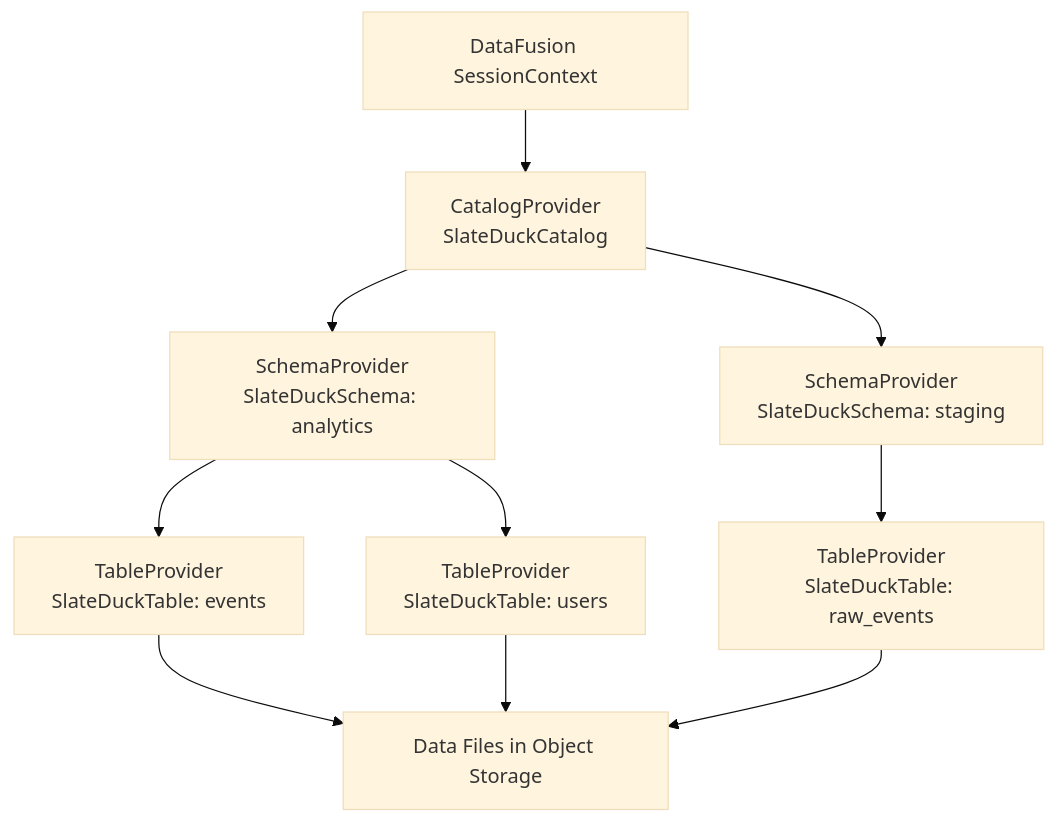
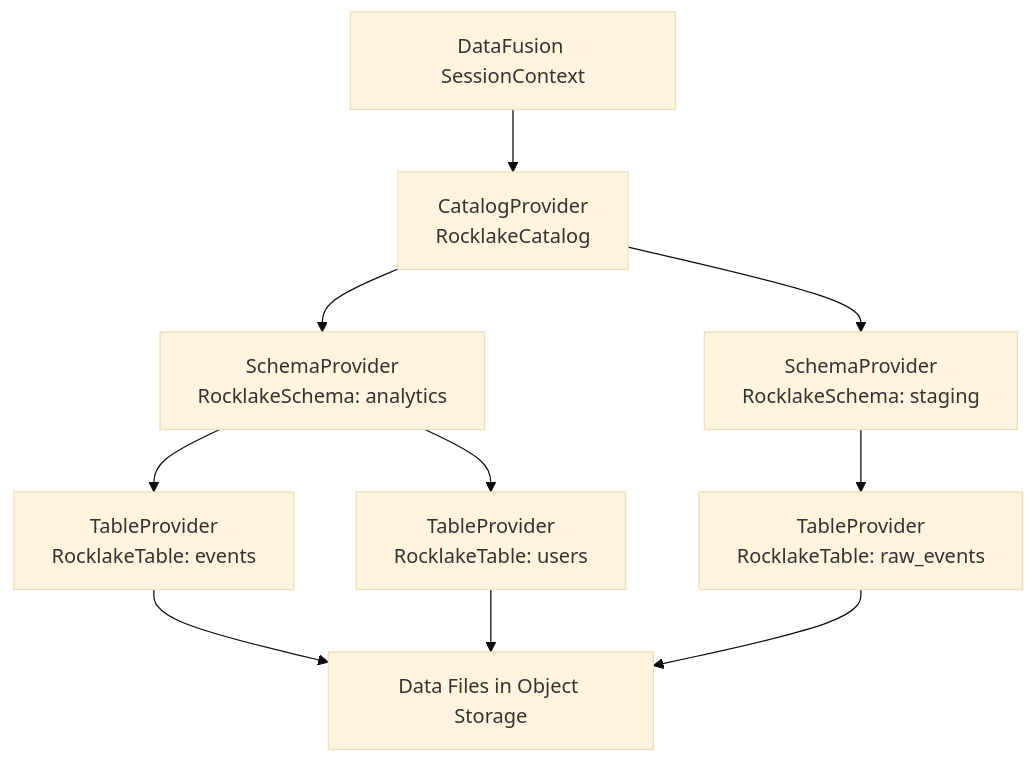
One commit to trickle-labs/slateduck changed the diagram in docs/integration/datafusion.md. Above: the diagram before and after it, drawn with Mermaid (base theme). The commit also changed other lines of this file and 396 other files, not shown here.

First line of the commit message:
rename: SlateDuck -> Rocklake across entire codebase

````diff
--- a/docs/integration/datafusion.md
+++ b/docs/integration/datafusion.md
@@ -11,13 +11,13 @@
 ```mermaid
 graph TD
-    DF[DataFusion SessionContext] --> CP[CatalogProvider<br/>SlateDuckCatalog]
-    CP --> SP1[SchemaProvider<br/>SlateDuckSchema: analytics]
-    CP --> SP2[SchemaProvider<br/>SlateDuckSchema: staging]
-    SP1 --> TP1[TableProvider<br/>SlateDuckTable: events]
-    SP1 --> TP2[TableProvider<br/>SlateDuckTable: users]
-    SP2 --> TP3[TableProvider<br/>SlateDuckTable: raw_events]
+    DF[DataFusion SessionContext] --> CP[CatalogProvider<br/>RocklakeCatalog]
+    CP --> SP1[SchemaProvider<br/>RocklakeSchema: analytics]
+    CP --> SP2[SchemaProvider<br/>RocklakeSchema: staging]
+    SP1 --> TP1[TableProvider<br/>RocklakeTable: events]
+    SP1 --> TP2[TableProvider<br/>RocklakeTable: users]
+    SP2 --> TP3[TableProvider<br/>RocklakeTable: raw_events]
     
     TP1 --> Files[Data Files in Object Storage]
     TP2 --> Files
     TP3 --> Files
 ```
````
